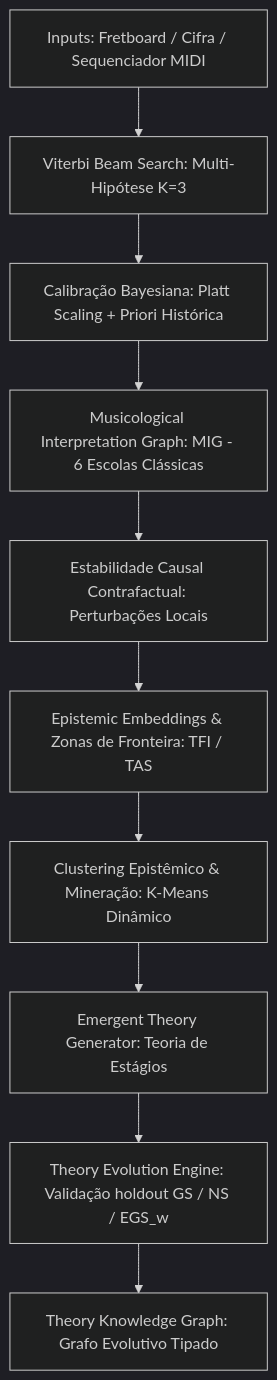
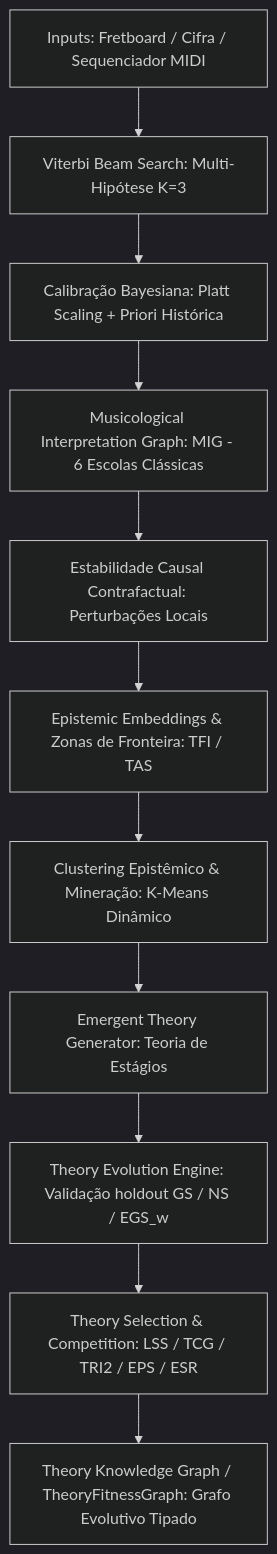
Before and after one commit to gustavoesteves/FindChord: the diagram in README.md, drawn with Mermaid (dark theme). The commit also changed other lines of this file and 7 other files, not shown here.

Commit message:
feat: implementar Sprint F11-K: Theory Selection & Evolutionary Validation com LSS, TCG, TRI2, EPS, ESR e extinção estrita

````diff
--- a/README.md
+++ b/README.md
@@ -13,12 +13,13 @@
 ```mermaid
 graph TD
     A[Inputs: Fretboard / Cifra / Sequenciador MIDI] --> B[Viterbi Beam Search: Multi-Hipótese K=3]
     B --> C[Calibração Bayesiana: Platt Scaling + Priori Histórica]
     C --> D[Musicological Interpretation Graph: MIG - 6 Escolas Clássicas]
     D --> E[Estabilidade Causal Contrafactual: Perturbações Locais]
     E --> F[Epistemic Embeddings & Zonas de Fronteira: TFI / TAS]
     F --> G[Clustering Epistêmico & Mineração: K-Means Dinâmico]
     G --> H[Emergent Theory Generator: Teoria de Estágios]
     H --> I[Theory Evolution Engine: Validação holdout GS / NS / EGS_w]
-    I --> J[Theory Knowledge Graph: Grafo Evolutivo Tipado]
+    I --> J[Theory Selection & Competition: LSS / TCG / TRI2 / EPS / ESR]
+    J --> K[Theory Knowledge Graph / TheoryFitnessGraph: Grafo Evolutivo Tipado]
 ```
````
